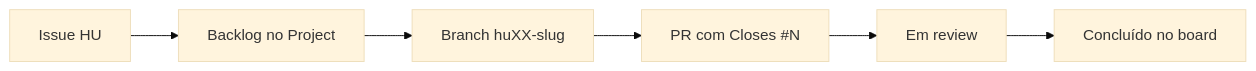
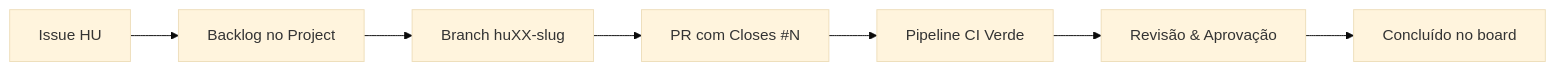
One commit to rodrigosantoscosta/Projeto_DevOps changed the second of 2 diagrams in README.md. Above: the diagram before and after it, drawn with Mermaid (base theme). The commit also changed other lines of this file and 6 other files, not shown here.

````diff
--- a/README.md
+++ b/README.md
@@ -51,8 +105,9 @@
 ```mermaid
 flowchart LR
-    A[Issue HU] --> B[Backlog no Project]
-    B --> C[Branch huXX-slug]
-    C --> D[PR com Closes #N]
-    D --> E[Em review]
-    E --> F[Concluído no board]
+    A["Issue HU"] --> B["Backlog no Project"]
+    B --> C["Branch huXX-slug"]
+    C --> D["PR com Closes #N"]
+    D --> E["Pipeline CI Verde"]
+    E --> F["Revisão & Aprovação"]
+    F --> G["Concluído no board"]
 ```
````
